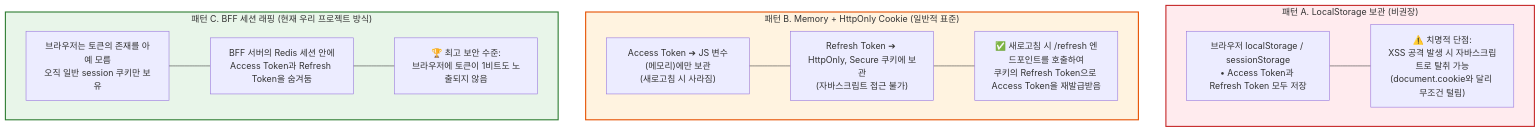
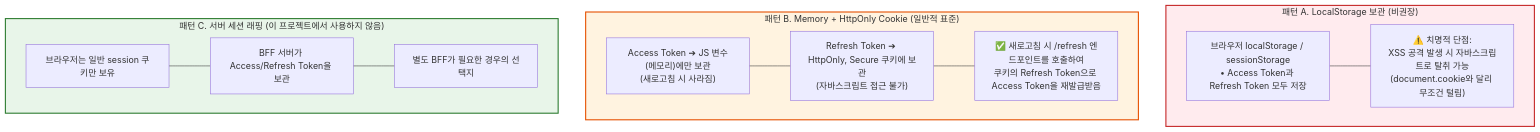
The second of 3 diagrams in docs/token-based-auth-patterns.md (JYK0128/web-framework-app), drawn with Mermaid before and after one commit. The commit also changed other lines of this file and 131 other files, not shown here.

````diff
--- a/docs/token-based-auth-patterns.md
+++ b/docs/token-based-auth-patterns.md
@@ -50,29 +50,29 @@
 ```mermaid
 flowchart TD
     subgraph Pattern1["패턴 A. LocalStorage 보관 (비권장)"]
         LS["브라우저 localStorage / sessionStorage\n• Access Token과 Refresh Token 모두 저장"]
         LS_Risk["⚠️ 치명적 단점:\nXSS 공격 발생 시 자바스크립트로 탈취 가능\n(document.cookie와 달리 무조건 털림)"]
         LS --- LS_Risk
     end
 
     subgraph Pattern2["패턴 B. Memory + HttpOnly Cookie (일반적 표준)"]
         Mem["Access Token ➔ JS 변수(메모리)에만 보관\n(새로고침 시 사라짐)"]
         Cookie["Refresh Token ➔ HttpOnly, Secure 쿠키에 보관\n(자바스크립트 접근 불가)"]
         Mem_Good["✅ 새로고침 시 /refresh 엔드포인트를 호출하여\n쿠키의 Refresh Token으로 Access Token을 재발급받음"]
         Mem --- Cookie --- Mem_Good
     end
 
-    subgraph Pattern3["패턴 C. BFF 세션 래핑 (현재 우리 프로젝트 방식)"]
-        BFF_Cookie["브라우저는 토큰의 존재를 아예 모름\n오직 일반 session 쿠키만 보유"]
-        BFF_Server["BFF 서버의 Redis 세션 안에\nAccess Token과 Refresh Token을 숨겨둠"]
-        BFF_Best["🏆 최고 보안 수준:\n브라우저에 토큰이 1비트도 노출되지 않음"]
-        BFF_Cookie --- BFF_Server --- BFF_Best
+    subgraph Pattern3["패턴 C. 서버 세션 래핑 (이 프로젝트에서 사용하지 않음)"]
+        BFF_Cookie["브라우저는 일반 session 쿠키만 보유"]
+        BFF_Server["BFF 서버가 Access/Refresh Token을 보관"]
+        BFF_Note["별도 BFF가 필요한 경우의 선택지"]
+        BFF_Cookie --- BFF_Server --- BFF_Note
     end
 
     classDef danger fill:#ffebee,stroke:#c62828,stroke-width:2px;
     classDef warning fill:#fff3e0,stroke:#e65100,stroke-width:2px;
     classDef success fill:#e8f5e9,stroke:#2e7d32,stroke-width:2px;
     class Pattern1 danger;
     class Pattern2 warning;
     class Pattern3 success;
 ```
````
